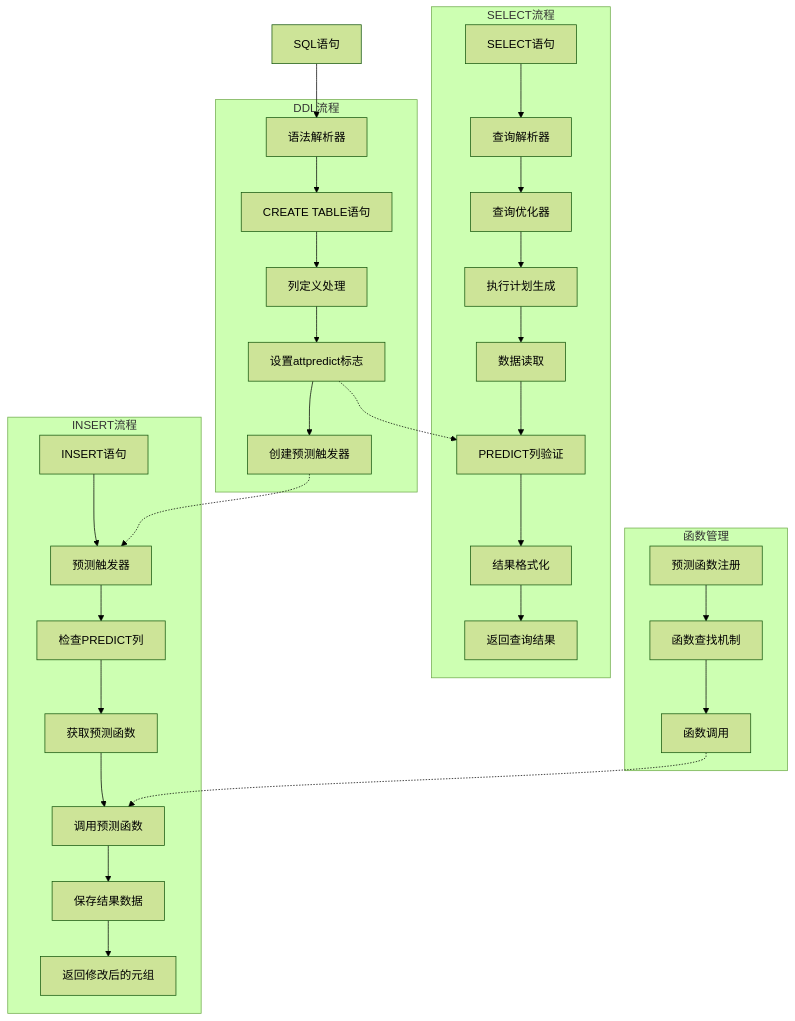
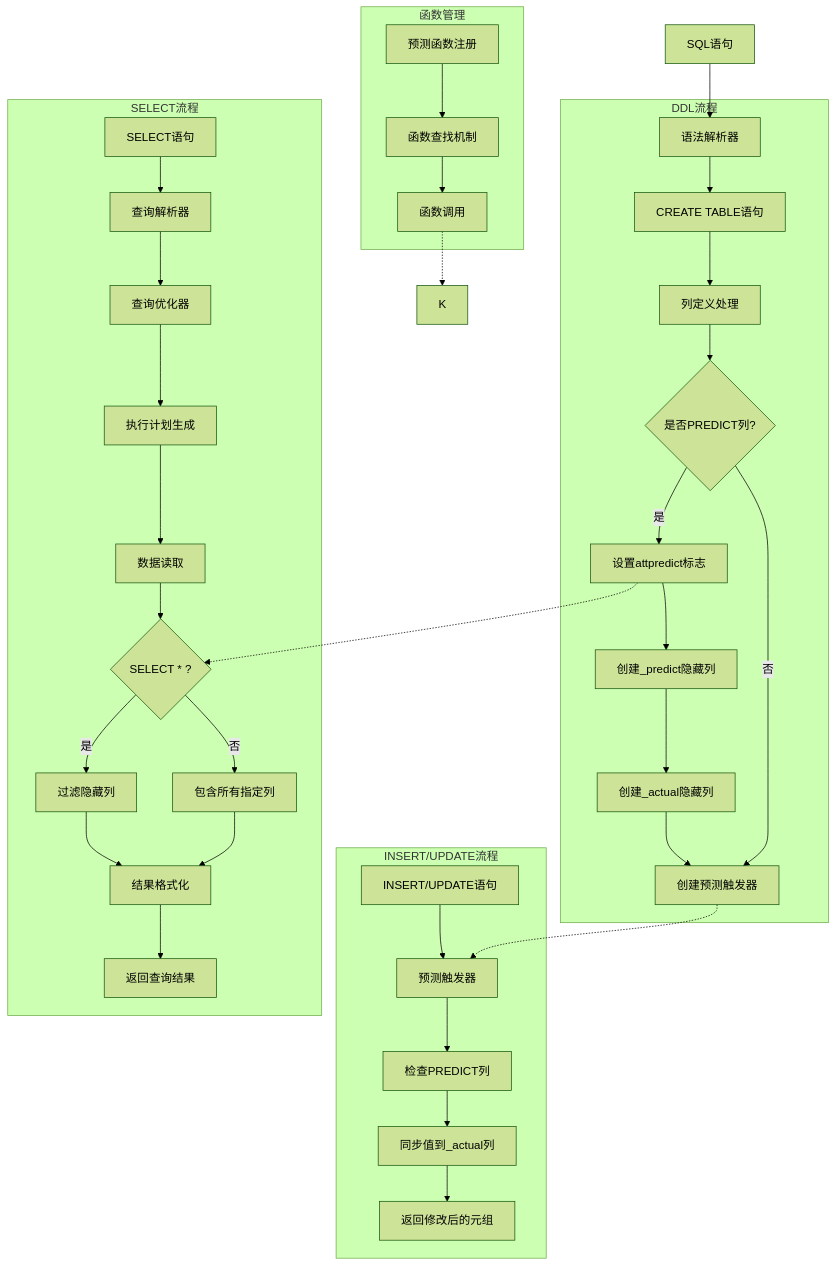
Before and after one commit to ZhongChaoqiang/postgres: the first of 6 diagrams in doc/predict/PREDICT_DETAILED_DESIGN.md, drawn with Mermaid (forest theme). The commit also changed other lines of this file and 2 other files, not shown here.

Commit message:
predict
predict列更新的时候，同步更新到_actual列

````diff
--- a/doc/predict/PREDICT_DETAILED_DESIGN.md
+++ b/doc/predict/PREDICT_DETAILED_DESIGN.md
@@ -34,40 +34,45 @@
 ```mermaid
 graph TB
     A[SQL语句] --> B[语法解析器]
     
     subgraph "DDL流程"
         B --> C[CREATE TABLE语句]
         C --> D[列定义处理]
-        D --> E[设置attpredict标志]
-        E --> F[创建预测触发器]
+        D --> E{是否PREDICT列?}
+        E -->|是| E1[设置attpredict标志]
+        E1 --> E2[创建_predict隐藏列]
+        E2 --> E3[创建_actual隐藏列]
+        E3 --> F[创建预测触发器]
+        E -->|否| F
     end
     
-    subgraph "INSERT流程"
-        G[INSERT语句] --> H[预测触发器]
+    subgraph "INSERT/UPDATE流程"
+        G[INSERT/UPDATE语句] --> H[预测触发器]
         H --> I[检查PREDICT列]
-        I --> J[获取预测函数]
-        J --> K[调用预测函数]
-        K --> L[保存结果数据]
-        L --> M[返回修改后的元组]
+        I --> I1[同步值到_actual列]
+        I1 --> M[返回修改后的元组]
     end
     
     subgraph "SELECT流程"
         Q[SELECT语句] --> R[查询解析器]
         R --> S[查询优化器]
         S --> T[执行计划生成]
         T --> U[数据读取]
-        U --> V[PREDICT列验证]
-        V --> W[结果格式化]
+        U --> V{SELECT * ?}
+        V -->|是| V1[过滤隐藏列]
+        V -->|否| V2[包含所有指定列]
+        V1 --> W[结果格式化]
+        V2 --> W
         W --> X[返回查询结果]
     end
     
     subgraph "函数管理"
         N[预测函数注册] --> O[函数查找机制]
         O --> P[函数调用]
     end
     
     %% 跨流程连接
-    E -.-> V
+    E1 -.-> V
     P -.-> K
     F -.-> H
 ```
````
